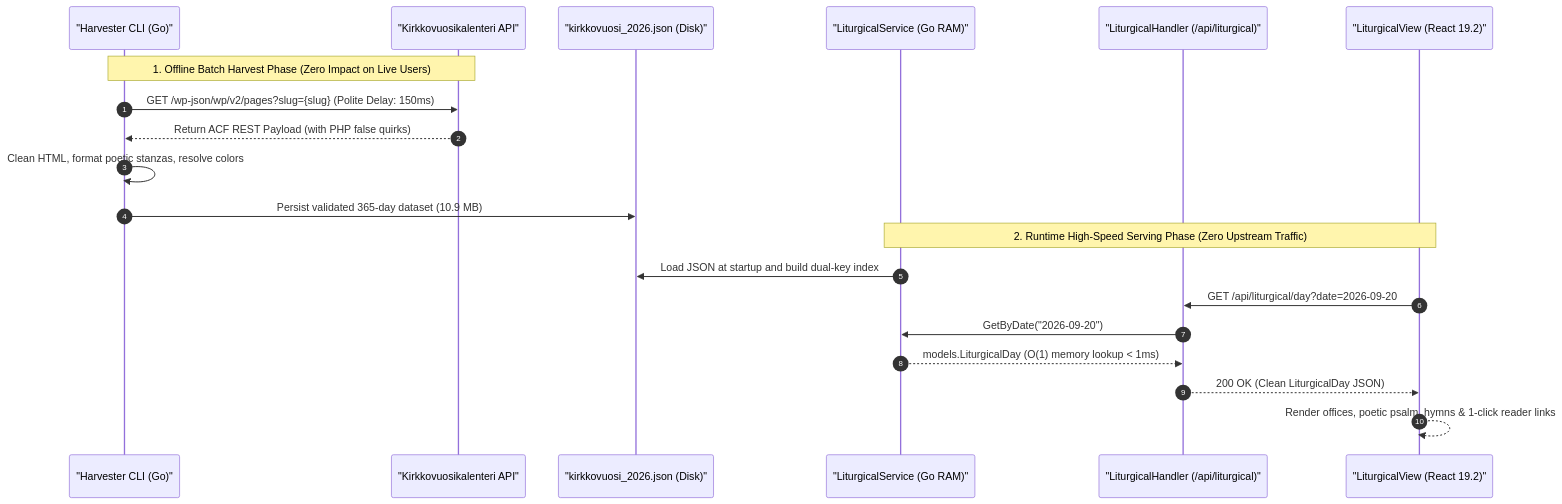
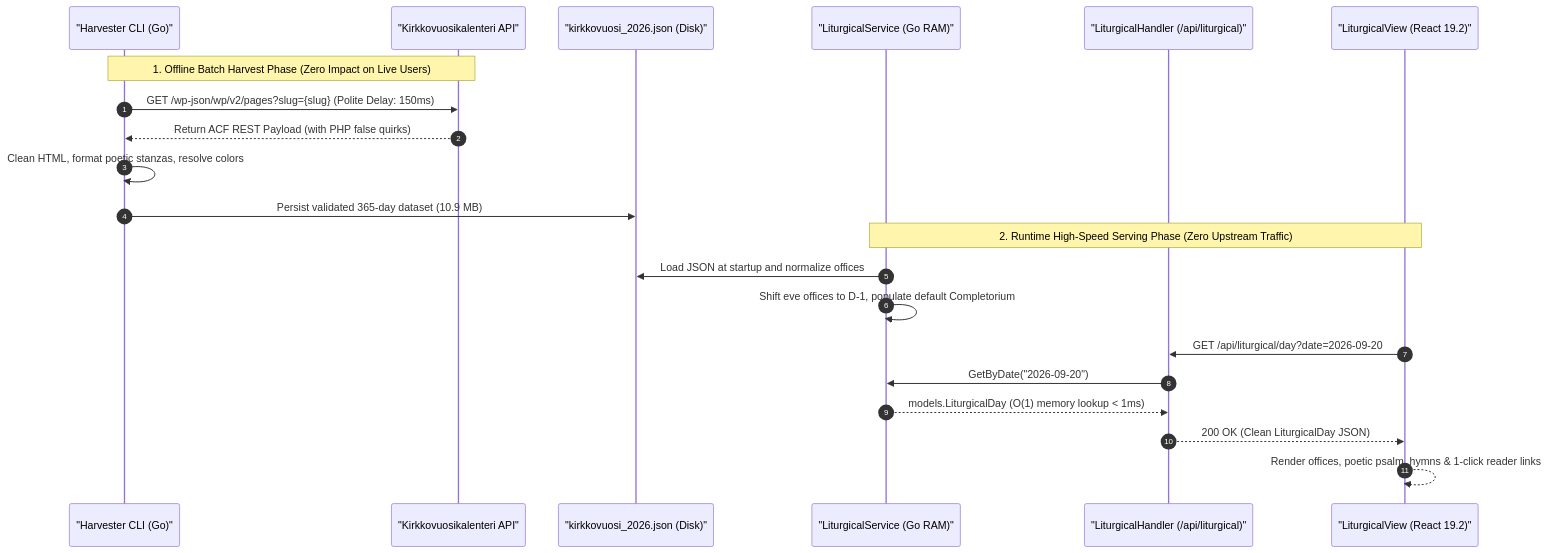
Before and after one commit to mvirtai/clible-v3-go: the first of 2 diagrams in pr_stories/094-feat-church-year-liturgical-calendar-and-offices.md, drawn with Mermaid. The commit also changed other lines of this file, not shown here.

Commit message:
docs(pr): update liturgical calendar pr story with offices and view mode preferences

````diff
--- a/pr_stories/094-feat-church-year-liturgical-calendar-and-offices.md
+++ b/pr_stories/094-feat-church-year-liturgical-calendar-and-offices.md
@@ -45,24 +47,25 @@
 ```mermaid
 sequenceDiagram
     autonumber
     participant CLI as "Harvester CLI (Go)"
     participant Upstream as "Kirkkovuosikalenteri API"
     participant Cache as "kirkkovuosi_2026.json (Disk)"
     participant Svc as "LiturgicalService (Go RAM)"
     participant API as "LiturgicalHandler (/api/liturgical)"
     participant UI as "LiturgicalView (React 19.2)"
 
     Note over CLI,Upstream: 1. Offline Batch Harvest Phase (Zero Impact on Live Users)
     CLI->>Upstream: GET /wp-json/wp/v2/pages?slug={slug} (Polite Delay: 150ms)
     Upstream-->>CLI: Return ACF REST Payload (with PHP false quirks)
     CLI->>CLI: Clean HTML, format poetic stanzas, resolve colors
     CLI->>Cache: Persist validated 365-day dataset (10.9 MB)
 
     Note over Svc,UI: 2. Runtime High-Speed Serving Phase (Zero Upstream Traffic)
-    Svc->>Cache: Load JSON at startup and build dual-key index
+    Svc->>Cache: Load JSON at startup and normalize offices
+    Svc->>Svc: Shift eve offices to D-1, populate default Completorium
     UI->>API: GET /api/liturgical/day?date=2026-09-20
     API->>Svc: GetByDate("2026-09-20")
     Svc-->>API: models.LiturgicalDay (O(1) memory lookup < 1ms)
     API-->>UI: 200 OK (Clean LiturgicalDay JSON)
     UI-->>UI: Render offices, poetic psalm, hymns & 1-click reader links
 ```
````
